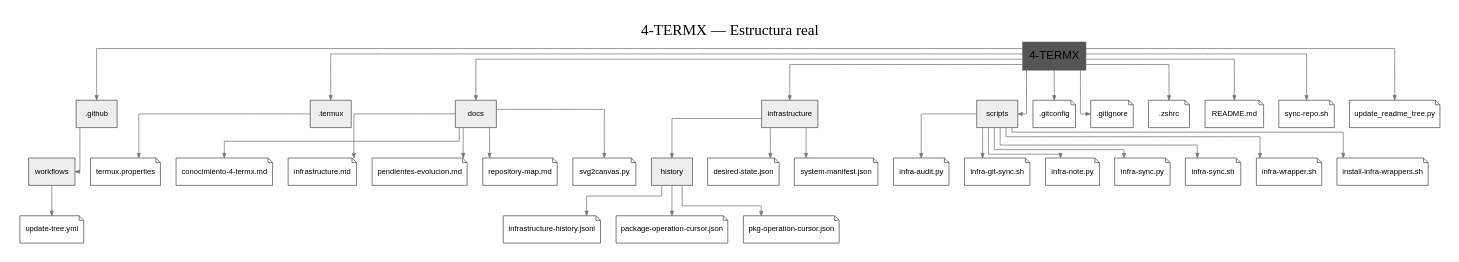
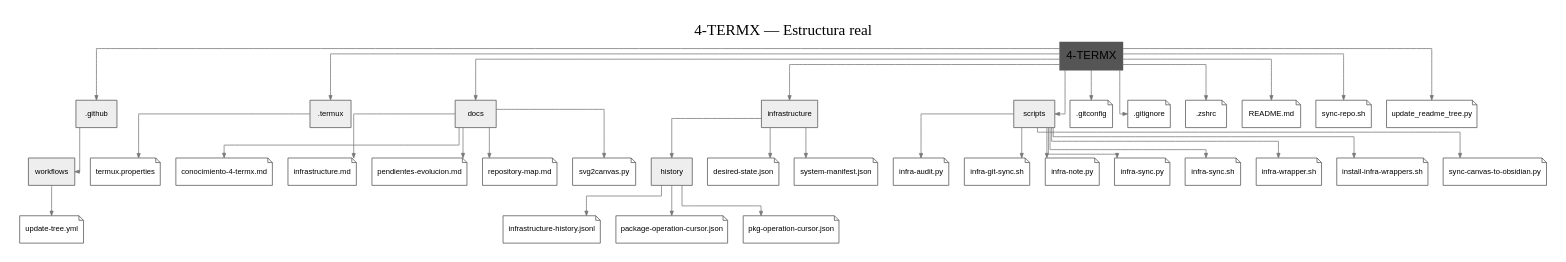
Before and after one commit to benstellasanti/4-TERMX: the diagram in docs/repository-structure.dot, drawn with Graphviz. The commit also changed 4 other files, not shown here.

```diff
--- a/docs/repository-structure.dot
+++ b/docs/repository-structure.dot
@@ -1,70 +1,72 @@
 digraph RepositoryStructure {
   graph [rankdir=TB, bgcolor="white", pad="0.25", nodesep="0.28", ranksep="0.55", splines=ortho, label="4-TERMX — Estructura real", labelloc=t, fontsize=20];
   node [fontname="Arial", fontsize=10, style="filled", color="#555555"];
   edge [color="#777777", arrowsize=0.6];
   root [label="4-TERMX", shape=box, style="filled,bold", fontsize=15];
   n__github [label=".github", shape=box, fillcolor="#eeeeee"];
   n__termux [label=".termux", shape=box, fillcolor="#eeeeee"];
   n_docs [label="docs", shape=box, fillcolor="#eeeeee"];
   n_infrastructure [label="infrastructure", shape=box, fillcolor="#eeeeee"];
   n_scripts [label="scripts", shape=box, fillcolor="#eeeeee"];
   n__github_workflows [label="workflows", shape=box, fillcolor="#eeeeee"];
   n_infrastructure_history [label="history", shape=box, fillcolor="#eeeeee"];
   n__gitconfig [label=".gitconfig", shape=note, fillcolor="white"];
   root -> n__gitconfig;
   n__github_workflows_update_tree_yml [label="update-tree.yml", shape=note, fillcolor="white"];
   n__github_workflows -> n__github_workflows_update_tree_yml;
   n__gitignore [label=".gitignore", shape=note, fillcolor="white"];
   root -> n__gitignore;
   n__termux_termux_properties [label="termux.properties", shape=note, fillcolor="white"];
   n__termux -> n__termux_termux_properties;
   n__zshrc [label=".zshrc", shape=note, fillcolor="white"];
   root -> n__zshrc;
   n_README_md [label="README.md", shape=note, fillcolor="white"];
   root -> n_README_md;
   n_docs_conocimiento_4_termx_md [label="conocimiento-4-termx.md", shape=note, fillcolor="white"];
   n_docs -> n_docs_conocimiento_4_termx_md;
   n_docs_infrastructure_md [label="infrastructure.md", shape=note, fillcolor="white"];
   n_docs -> n_docs_infrastructure_md;
   n_docs_pendientes_evolucion_md [label="pendientes-evolucion.md", shape=note, fillcolor="white"];
   n_docs -> n_docs_pendientes_evolucion_md;
   n_docs_repository_map_md [label="repository-map.md", shape=note, fillcolor="white"];
   n_docs -> n_docs_repository_map_md;
   n_docs_svg2canvas_py [label="svg2canvas.py", shape=note, fillcolor="white"];
   n_docs -> n_docs_svg2canvas_py;
   n_infrastructure_desired_state_json [label="desired-state.json", shape=note, fillcolor="white"];
   n_infrastructure -> n_infrastructure_desired_state_json;
   n_infrastructure_history_infrastructure_history_jsonl [label="infrastructure-history.jsonl", shape=note, fillcolor="white"];
   n_infrastructure_history -> n_infrastructure_history_infrastructure_history_jsonl;
   n_infrastructure_history_package_operation_cursor_json [label="package-operation-cursor.json", shape=note, fillcolor="white"];
   n_infrastructure_history -> n_infrastructure_history_package_operation_cursor_json;
   n_infrastructure_history_pkg_operation_cursor_json [label="pkg-operation-cursor.json", shape=note, fillcolor="white"];
   n_infrastructure_history -> n_infrastructure_history_pkg_operation_cursor_json;
   n_infrastructure_system_manifest_json [label="system-manifest.json", shape=note, fillcolor="white"];
   n_infrastructure -> n_infrastructure_system_manifest_json;
   n_scripts_infra_audit_py [label="infra-audit.py", shape=note, fillcolor="white"];
   n_scripts -> n_scripts_infra_audit_py;
   n_scripts_infra_git_sync_sh [label="infra-git-sync.sh", shape=note, fillcolor="white"];
   n_scripts -> n_scripts_infra_git_sync_sh;
   n_scripts_infra_note_py [label="infra-note.py", shape=note, fillcolor="white"];
   n_scripts -> n_scripts_infra_note_py;
   n_scripts_infra_sync_py [label="infra-sync.py", shape=note, fillcolor="white"];
   n_scripts -> n_scripts_infra_sync_py;
   n_scripts_infra_sync_sh [label="infra-sync.sh", shape=note, fillcolor="white"];
   n_scripts -> n_scripts_infra_sync_sh;
   n_scripts_infra_wrapper_sh [label="infra-wrapper.sh", shape=note, fillcolor="white"];
   n_scripts -> n_scripts_infra_wrapper_sh;
   n_scripts_install_infra_wrappers_sh [label="install-infra-wrappers.sh", shape=note, fillcolor="white"];
   n_scripts -> n_scripts_install_infra_wrappers_sh;
+  n_scripts_sync_canvas_to_obsidian_py [label="sync-canvas-to-obsidian.py", shape=note, fillcolor="white"];
+  n_scripts -> n_scripts_sync_canvas_to_obsidian_py;
   n_sync_repo_sh [label="sync-repo.sh", shape=note, fillcolor="white"];
   root -> n_sync_repo_sh;
   n_update_readme_tree_py [label="update_readme_tree.py", shape=note, fillcolor="white"];
   root -> n_update_readme_tree_py;
   root -> n__github;
   root -> n__termux;
   root -> n_docs;
   root -> n_infrastructure;
   root -> n_scripts;
   n__github -> n__github_workflows;
   n_infrastructure -> n_infrastructure_history;
 }
```
